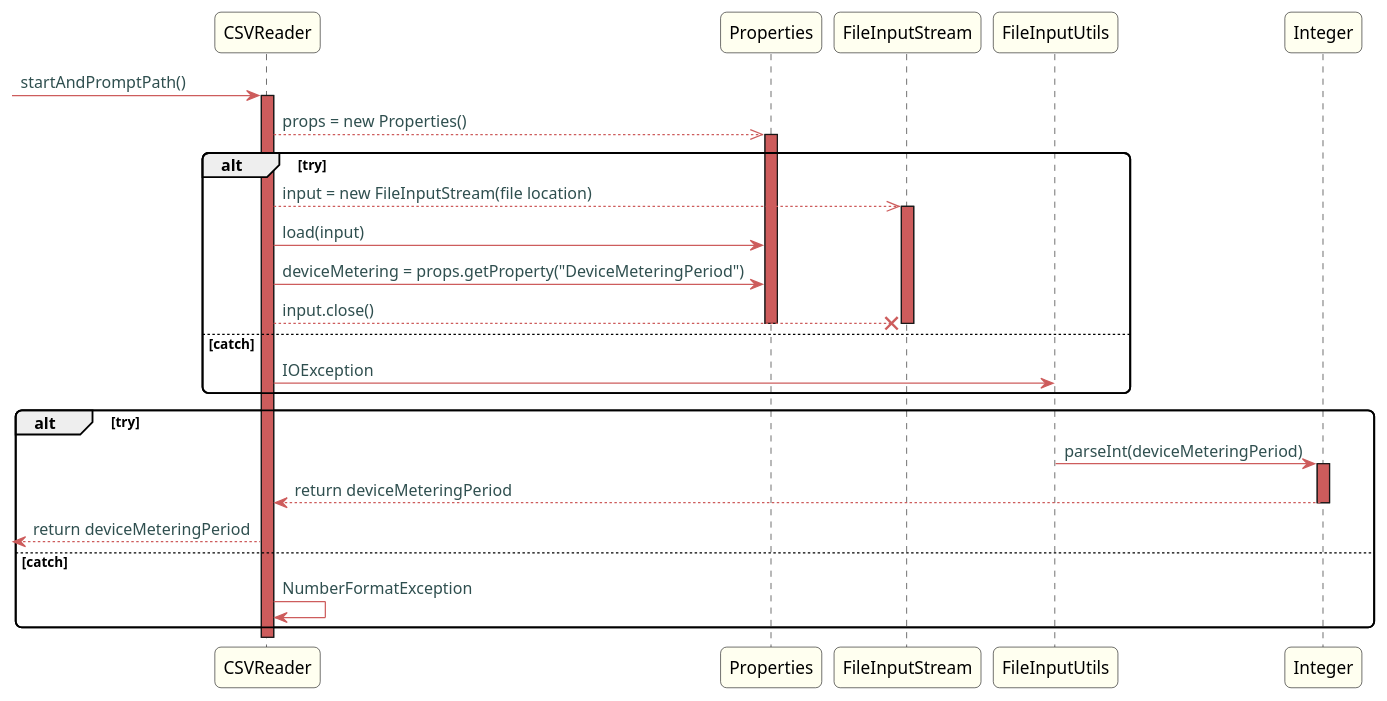
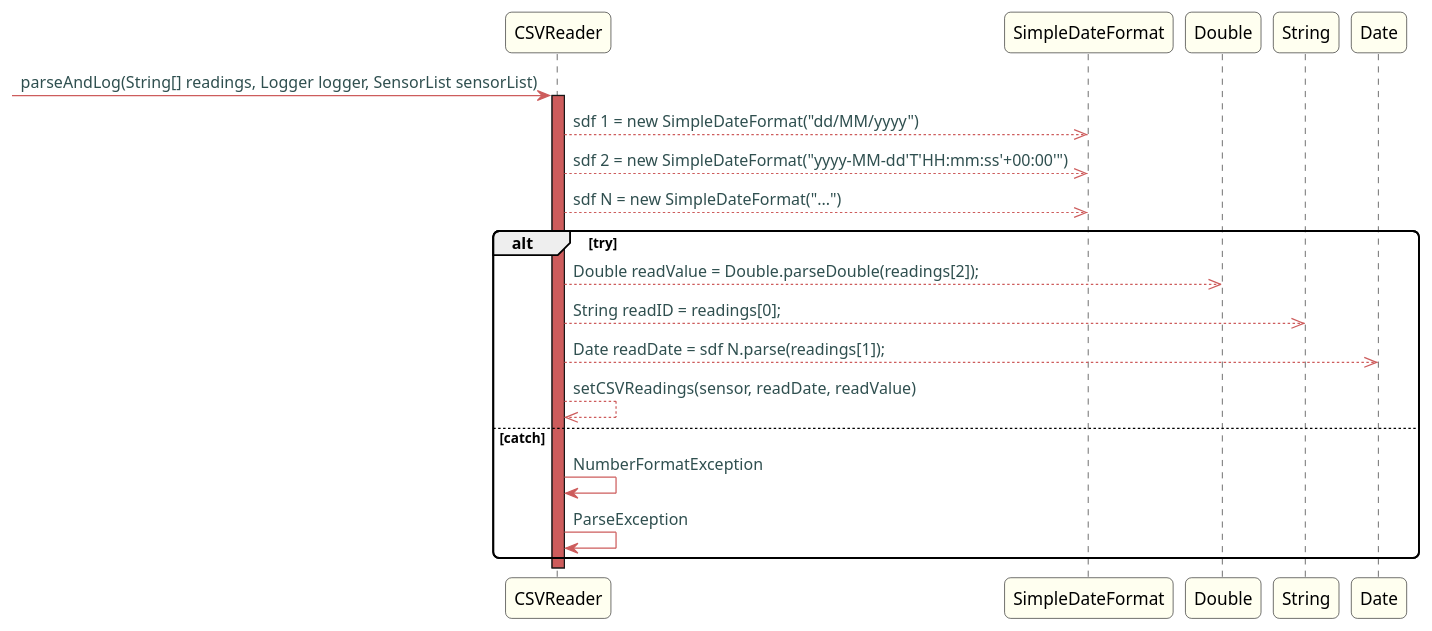
The diagram in src/doc/Controllers/HouseConfiguration/US20/US20ParseValues.puml (Almadanmp/project), drawn with PlantUML before and after one commit. The commit also changed 3 other files, not shown here.

Commit message:
Ref #160 Updates UML Diagrams

```diff
--- a/src/doc/Controllers/HouseConfiguration/US20/US20ParseValues.puml
+++ b/src/doc/Controllers/HouseConfiguration/US20/US20ParseValues.puml
@@ -1,63 +1,51 @@
 @startuml
 
 skinparam titleBorderRoundCorner 10
 skinparam titleBorderThickness 3
 skinparam titleBorderColor indianred
 skinparam titleBackgroundColor ivory
 skinparam FontName quicksand
 
 skinparam actor {
  	BorderColor indianred
  	}
 
  skinparam sequence {
  	LifeLineBackgroundColor indianred
  	ParticipantBackgroundColor ivory
  }
 
  skinparam roundcorner 10
 
  skinparam component {
    arrowThickness 1
    ArrowFontName Verdana
    ArrowColor indianred
    ArrowFontColor darkslategrey
  }
 
 
 
--> CSVReader: startAndPromptPath()
+-> CSVReader: parseAndLog(String[] readings, Logger logger, SensorList sensorList)
 activate CSVReader
-CSVReader -->> Properties: props = new Properties()
-activate Properties
+
+CSVReader -->> SimpleDateFormat: sdf 1 = new SimpleDateFormat("dd/MM/yyyy")
+CSVReader -->> SimpleDateFormat: sdf 2 = new SimpleDateFormat("yyyy-MM-dd'T'HH:mm:ss'+00:00'")
+CSVReader -->> SimpleDateFormat: sdf N = new SimpleDateFormat("...")
 
 alt try
 
-CSVReader -->> FileInputStream: input = new FileInputStream(file location)
-activate FileInputStream
-CSVReader -> Properties: load(input)
-CSVReader -> Properties: deviceMetering = props.getProperty("DeviceMeteringPeriod")
-CSVReader --x FileInputStream: input.close()
-deactivate FileInputStream
-deactivate Properties
-
-else catch
-CSVReader -> FileInputUtils: IOException
-
-end
-
-alt try
-FileInputUtils -> Integer: parseInt(deviceMeteringPeriod)
-activate Integer
-Integer --> CSVReader: return deviceMeteringPeriod
-deactivate Integer
-<-- CSVReader: return deviceMeteringPeriod
-
+CSVReader -->> Double: Double readValue = Double.parseDouble(readings[2]);
+CSVReader -->> String:String readID = readings[0];
+CSVReader -->> Date:Date readDate = sdf N.parse(readings[1]);
+CSVReader -->> CSVReader: setCSVReadings(sensor, readDate, readValue)
 
 else catch
 CSVReader -> CSVReader: NumberFormatException
+CSVReader -> CSVReader: ParseException
 
 end
 
 
+
 @enduml
```
